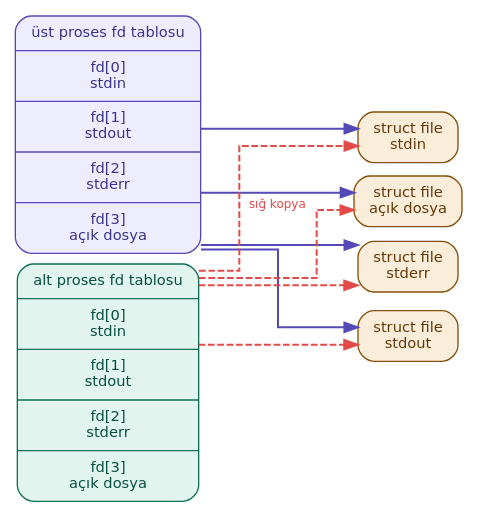
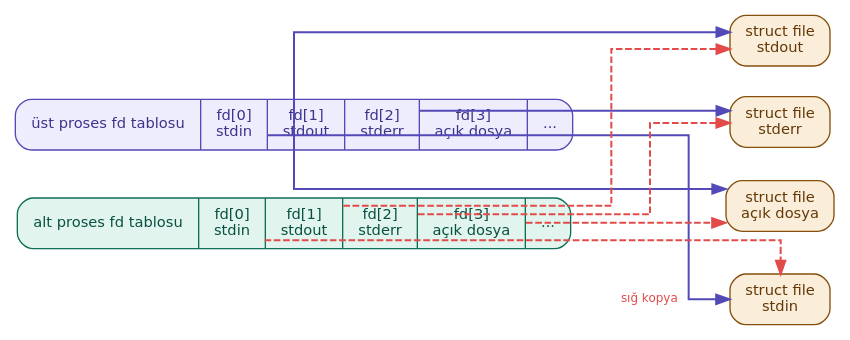
One commit to KaanAslan/LinuxKernelBook changed the ninth of 10 diagrams in docs/source/filesystem1.rst. Above: the diagram before and after it, drawn with Graphviz.

```diff
--- a/docs/source/filesystem1.rst
+++ b/docs/source/filesystem1.rst
@@ -1689,37 +1689,38 @@
 .. graphviz::
 
    digraph fd_shallow {
        rankdir=LR;
-       graph [fontname="DejaVu Sans", nodesep=0.1, ranksep=1.0, splines=ortho];
-       node  [shape=record, style="rounded,filled", fontname="DejaVu Sans",
-              fontsize=11, margin="0.15,0.1"];
+       graph [fontname="DejaVu Sans", nodesep=0.3, ranksep=1.0, splines=ortho];
+       node  [fontname="DejaVu Sans", fontsize=11, margin="0.15,0.1"];
        edge  [fontname="DejaVu Sans", fontsize=9];
 
-       /* ── Üst proses fd tablosu ── */
-       ust [label="üst proses fd tablosu|fd[0]\nstdin|fd[1]\nstdout|fd[2]\nstderr|fd[3]\naçık dosya",
-            fillcolor="#EEEDFE", color="#534AB7", fontcolor="#3C3489"];
+       ust [shape=record, style="rounded,filled",
+            fillcolor="#EEEDFE", color="#534AB7", fontcolor="#3C3489",
+            label="{{üst proses fd tablosu}|{<p0>fd[0]\nstdin}|{<p1>fd[1]\nstdout}|{<p2>fd[2]\nstderr}|{<p3>fd[3]\naçık dosya}|{...}}"];
 
-       /* ── Alt proses fd tablosu ── */
-       alt [label="alt proses fd tablosu|fd[0]\nstdin|fd[1]\nstdout|fd[2]\nstderr|fd[3]\naçık dosya",
-            fillcolor="#E1F5EE", color="#0F6E56", fontcolor="#085041"];
+       alt [shape=record, style="rounded,filled",
+            fillcolor="#E1F5EE", color="#0F6E56", fontcolor="#085041",
+            label="{{alt proses fd tablosu}|{<p0>fd[0]\nstdin}|{<p1>fd[1]\nstdout}|{<p2>fd[2]\nstderr}|{<p3>fd[3]\naçık dosya}|{...}}"];
 
-       /* ── Paylaşılan struct file nesneleri ── */
-       f0 [label="struct file\nstdin",     fillcolor="#FAEEDA", color="#854F0B", fontcolor="#633806"];
-       f1 [label="struct file\nstdout",    fillcolor="#FAEEDA", color="#854F0B", fontcolor="#633806"];
-       f2 [label="struct file\nstderr",    fillcolor="#FAEEDA", color="#854F0B", fontcolor="#633806"];
-       f3 [label="struct file\naçık dosya", fillcolor="#FAEEDA", color="#854F0B", fontcolor="#633806"];
+       f0 [shape=box, style="rounded,filled", fillcolor="#FAEEDA", color="#854F0B",
+           fontcolor="#633806", label="struct file\nstdin"];
+       f1 [shape=box, style="rounded,filled", fillcolor="#FAEEDA", color="#854F0B",
+           fontcolor="#633806", label="struct file\nstdout"];
+       f2 [shape=box, style="rounded,filled", fillcolor="#FAEEDA", color="#854F0B",
+           fontcolor="#633806", label="struct file\nstderr"];
+       f3 [shape=box, style="rounded,filled", fillcolor="#FAEEDA", color="#854F0B",
+           fontcolor="#633806", label="struct file\naçık dosya"];
 
        { rank=same; f0; f1; f2; f3; }
 
-       /* ── Üst proses okları (düz) ── */
-       ust -> f0 [color="#534AB7", penwidth=1.5];
-       ust -> f1 [color="#534AB7", penwidth=1.5];
-       ust -> f2 [color="#534AB7", penwidth=1.5];
-       ust -> f3 [color="#534AB7", penwidth=1.5];
+       ust:p0:e -> f0 [color="#534AB7", penwidth=1.5];
+       ust:p1:e -> f1 [color="#534AB7", penwidth=1.5];
+       ust:p2:e -> f2 [color="#534AB7", penwidth=1.5];
+       ust:p3:e -> f3 [color="#534AB7", penwidth=1.5];
 
-       /* ── Alt proses okları (kesikli kırmızı = sığ kopya) ── */
-       alt -> f0 [color="#E24B4A", style=dashed, penwidth=1.5, label="sığ kopya", fontcolor="#E24B4A"];
-       alt -> f1 [color="#E24B4A", style=dashed, penwidth=1.5];
-       alt -> f2 [color="#E24B4A", style=dashed, penwidth=1.5];
-       alt -> f3 [color="#E24B4A", style=dashed, penwidth=1.5];
+       alt:p0:e -> f0 [color="#E24B4A", style=dashed, penwidth=1.5,
+                        label="sığ kopya", fontcolor="#E24B4A"];
+       alt:p1:e -> f1 [color="#E24B4A", style=dashed, penwidth=1.5];
+       alt:p2:e -> f2 [color="#E24B4A", style=dashed, penwidth=1.5];
+       alt:p3:e -> f3 [color="#E24B4A", style=dashed, penwidth=1.5];
    }
```
